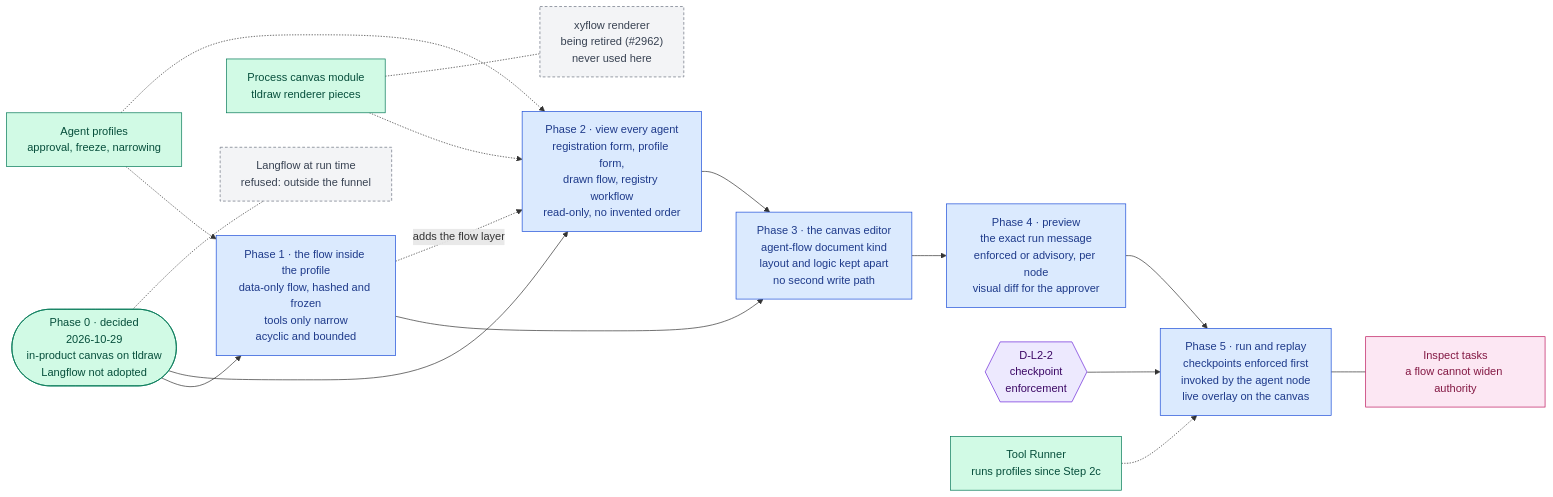
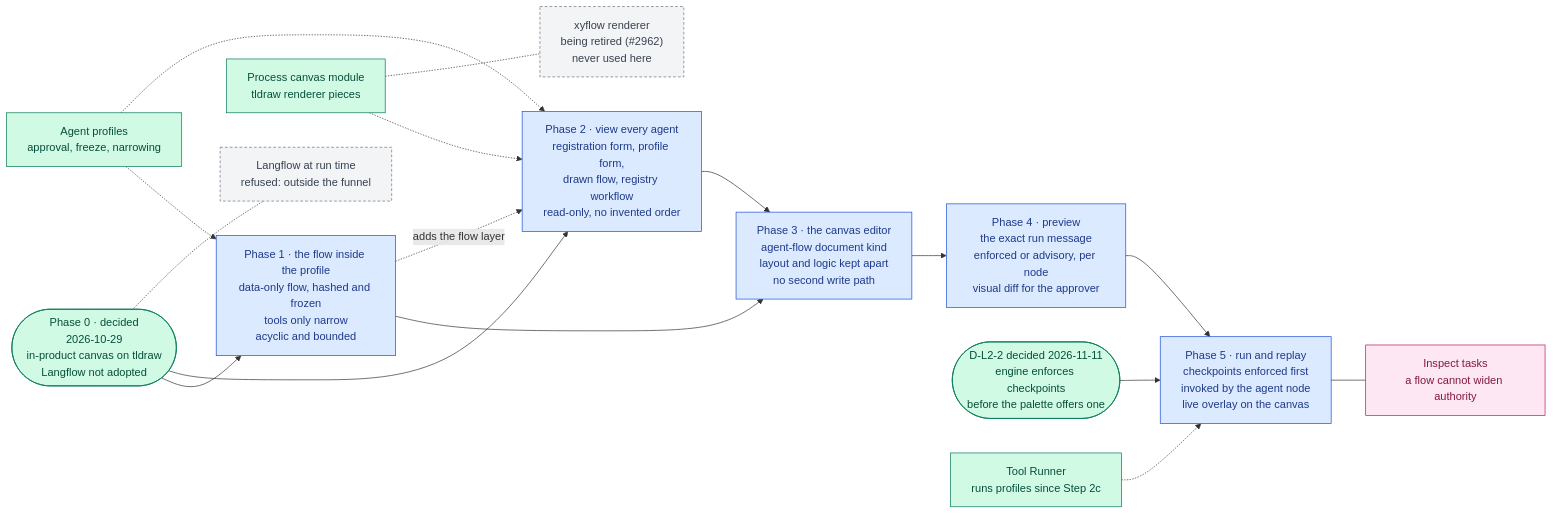
Before and after one commit to RodnaPamet/inflect-compliance: the diagram in docs/ai-architecture/langflow.md, drawn with Mermaid. The commit also changed other lines of this file and 7 other files, not shown here.

First line of the commit message:
docs(ai-architecture): record the 2026-11-11 owner decisions in seven child roadmaps

````diff
--- a/docs/ai-architecture/langflow.md
+++ b/docs/ai-architecture/langflow.md
@@ -38,35 +38,35 @@
 ```mermaid
 flowchart LR
   P0(["Phase 0 · decided<br/>2026-10-29<br/>in-product canvas on tldraw<br/>Langflow not adopted"]):::done
   P1["Phase 1 · the flow inside the profile<br/>data-only flow, hashed and frozen<br/>tools only narrow<br/>acyclic and bounded"]:::todo
   P2["Phase 2 · view every agent<br/>registration form, profile form,<br/>drawn flow, registry workflow<br/>read-only, no invented order"]:::todo
   P3["Phase 3 · the canvas editor<br/>agent-flow document kind<br/>layout and logic kept apart<br/>no second write path"]:::todo
   P4["Phase 4 · preview<br/>the exact run message<br/>enforced or advisory, per node<br/>visual diff for the approver"]:::todo
   P5["Phase 5 · run and replay<br/>checkpoints enforced first<br/>invoked by the agent node<br/>live overlay on the canvas"]:::todo
-  G2{{"D-L2-2<br/>checkpoint<br/>enforcement"}}:::gate
+  G2(["D-L2-2 decided 2026-11-11<br/>engine enforces checkpoints<br/>before the palette offers one"]):::done
   PROF["Agent profiles<br/>approval, freeze, narrowing"]:::done
   CANV["Process canvas module<br/>tldraw renderer pieces"]:::done
   XY["xyflow renderer<br/>being retired (#2962)<br/>never used here"]:::declined
   ENG["Tool Runner<br/>runs profiles since Step 2c"]:::done
   INS["Inspect tasks<br/>a flow cannot widen authority"]:::eval
   LF["Langflow at run time<br/>refused: outside the funnel"]:::declined
 
   P0 --> P1 --> P3 --> P4 --> P5
   P0 --> P2 --> P3
   P1 -.->|adds the flow layer| P2
   PROF -.-> P1
   PROF -.-> P2
   CANV -.-> P2
   G2 --> P5
   ENG -.-> P5
   P5 --- INS
   P0 -.- LF
   CANV -.- XY
 
   classDef done fill:#d1fae5,stroke:#047857,color:#064e3b
   classDef todo fill:#dbeafe,stroke:#1d4ed8,color:#1e3a8a
   classDef gate fill:#ede9fe,stroke:#6d28d9,color:#3b0764
   classDef ext fill:#ffffff,stroke:#64748b,color:#334155,stroke-dasharray:3 3
   classDef eval fill:#fce7f3,stroke:#be185d,color:#831843
   classDef declined fill:#f3f4f6,stroke:#6b7280,color:#374151,stroke-dasharray:4 3
 ```
````
